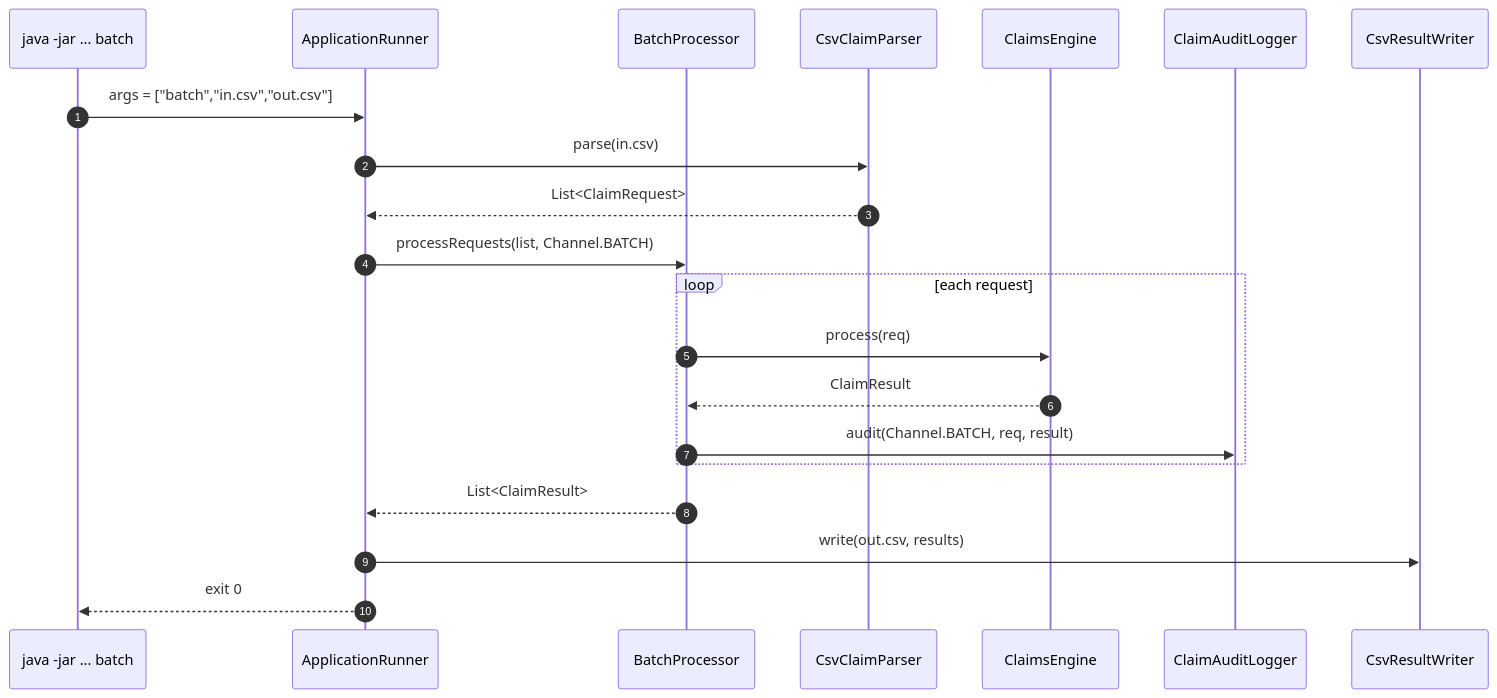
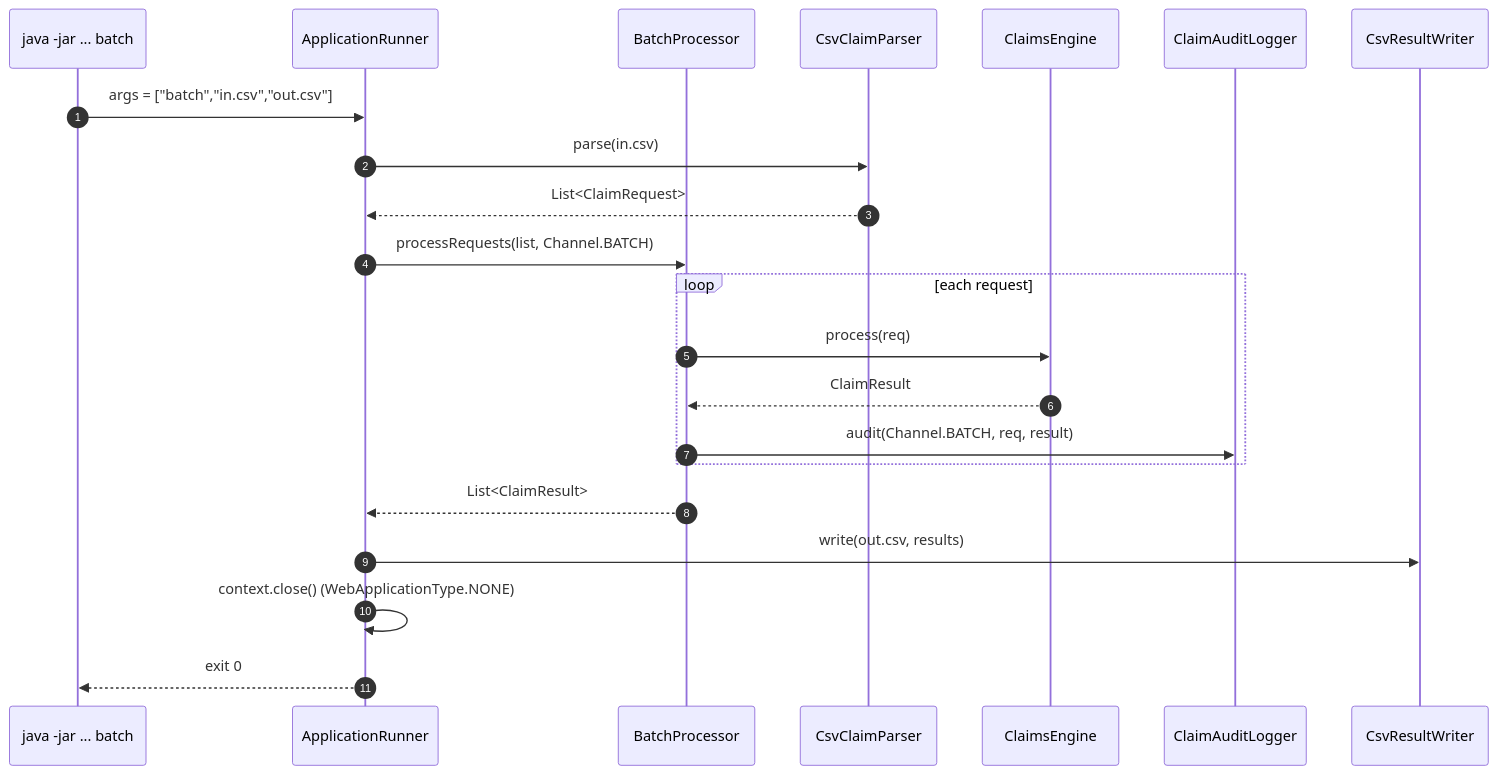
One commit to lokeshjpt/claims-svc changed the fifth of 12 diagrams in ClaimsProcessor_DesignDocument.md. Above: the diagram before and after it, drawn with Mermaid. The commit also changed other lines of this file and 14 other files, not shown here.

````diff
--- a/ClaimsProcessor_DesignDocument.md
+++ b/ClaimsProcessor_DesignDocument.md
@@ -454,24 +551,25 @@
 ```mermaid
 sequenceDiagram
     autonumber
     participant CLI as java -jar ... batch
     participant Boot as ApplicationRunner
     participant BP as BatchProcessor
     participant Parser as CsvClaimParser
     participant Eng as ClaimsEngine
     participant Aud as ClaimAuditLogger
     participant Writer as CsvResultWriter
 
     CLI->>Boot: args = ["batch","in.csv","out.csv"]
     Boot->>Parser: parse(in.csv)
     Parser-->>Boot: List<ClaimRequest>
     Boot->>BP: processRequests(list, Channel.BATCH)
     loop each request
         BP->>Eng: process(req)
         Eng-->>BP: ClaimResult
         BP->>Aud: audit(Channel.BATCH, req, result)
     end
     BP-->>Boot: List<ClaimResult>
     Boot->>Writer: write(out.csv, results)
+    Boot->>Boot: context.close() (WebApplicationType.NONE)
     Boot-->>CLI: exit 0
 ```
````
